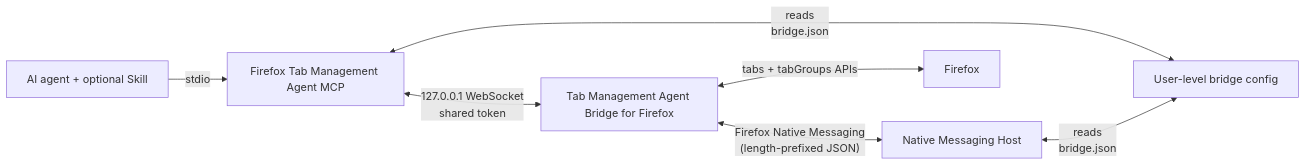
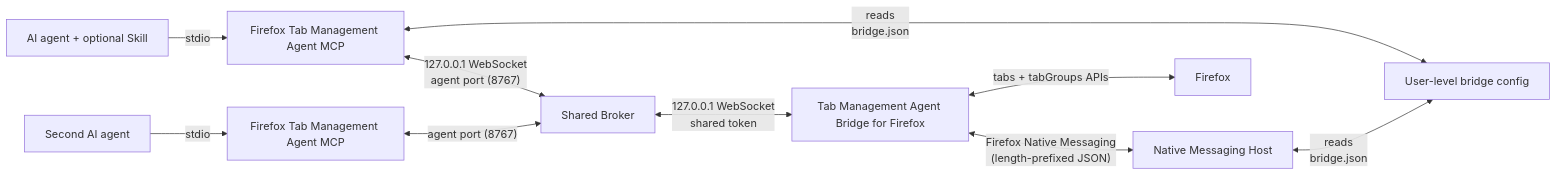
The diagram in docs/architecture.md (Johnnyzlee/agent-bridge-for-tab-management-in-firefox), drawn with Mermaid before and after one commit. The commit also changed other lines of this file and 19 other files, not shown here.

First line of the commit message:
feat: shared broker for multiple concurrent MCP agents

````diff
--- a/docs/architecture.md
+++ b/docs/architecture.md
@@ -12,9 +12,12 @@
 ```mermaid
 flowchart LR
     A["AI agent + optional Skill"] -->|"stdio"| B["Firefox Tab Management Agent MCP"]
-    B <-->|"127.0.0.1 WebSocket\nshared token"| C["Tab Management Agent Bridge for Firefox"]
+    B <-->|"127.0.0.1 WebSocket\nagent port (8767)"| G["Shared Broker"]
+    G <-->|"127.0.0.1 WebSocket\nshared token"| C["Tab Management Agent Bridge for Firefox"]
     C <-->|"Firefox Native Messaging\n(length-prefixed JSON)"| E["Native Messaging Host"]
     C <-->|"tabs + tabGroups APIs"| D["Firefox"]
     B <-->|"reads\nbridge.json"| F["User-level bridge config"]
     E <-->|"reads\nbridge.json"| F
+    A2["Second AI agent"] -->|"stdio"| B2["Firefox Tab Management Agent MCP"]
+    B2 <-->|"agent port (8767)"| G
 ```
````
